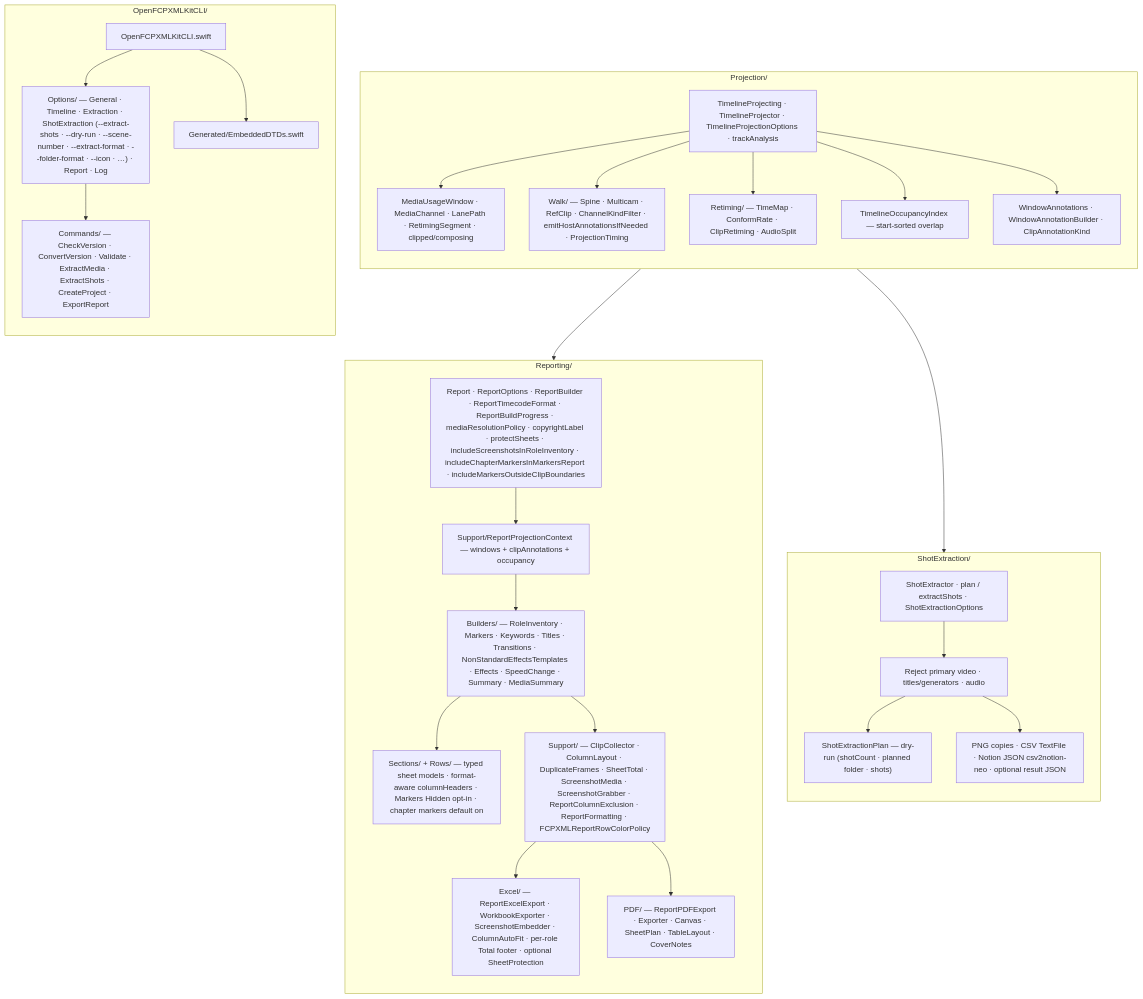
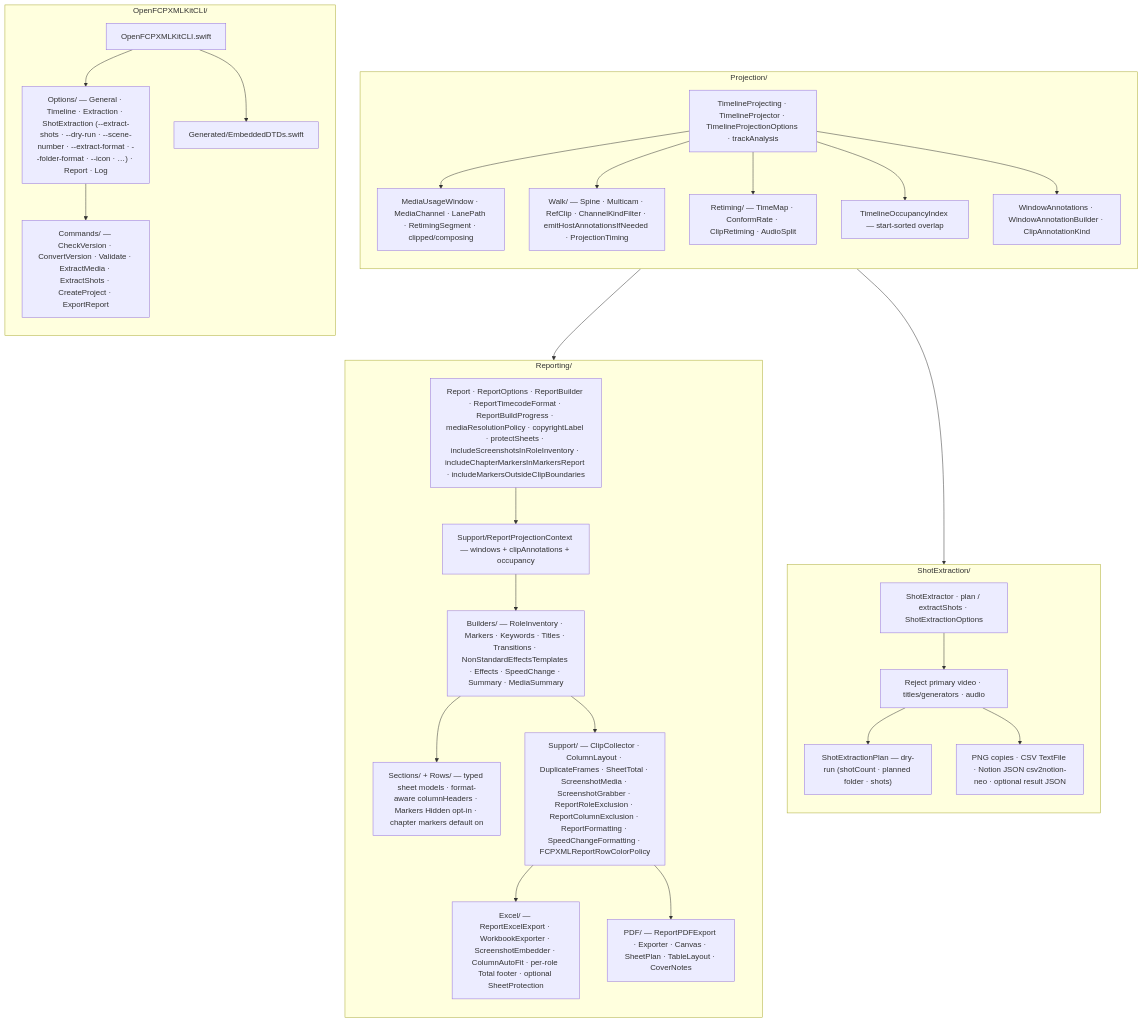
Before and after one commit to TheAcharya/OpenFCPXMLKit: the fifth of 6 diagrams in ARCHITECTURE.md, drawn with Mermaid. The commit also changed other lines of this file and 13 other files, not shown here.

````diff
--- a/ARCHITECTURE.md
+++ b/ARCHITECTURE.md
@@ -327,56 +329,56 @@
 ```mermaid
 flowchart TB
     subgraph PRJ_DETAIL["Projection/"]
         direction TB
         P_API["TimelineProjecting · TimelineProjector · TimelineProjectionOptions · trackAnalysis"]
         P_WIN["MediaUsageWindow · MediaChannel · LanePath · RetimingSegment · clipped/composing"]
         P_WALK["Walk/ — Spine · Multicam · RefClip · ChannelKindFilter · emitHostAnnotationsIfNeeded · ProjectionTiming"]
         P_RET["Retiming/ — TimeMap · ConformRate · ClipRetiming · AudioSplit"]
         P_OCC["TimelineOccupancyIndex — start-sorted overlap"]
         P_ANN["WindowAnnotations · WindowAnnotationBuilder · ClipAnnotationKind"]
         P_API --> P_WIN
         P_API --> P_WALK
         P_API --> P_RET
         P_API --> P_OCC
         P_API --> P_ANN
     end
 
     subgraph REP_DETAIL["Reporting/"]
         direction TB
         R_TOP["Report · ReportOptions · ReportBuilder · ReportTimecodeFormat · ReportBuildProgress · mediaResolutionPolicy · copyrightLabel · protectSheets · includeScreenshotsInRoleInventory · includeChapterMarkersInMarkersReport · includeMarkersOutsideClipBoundaries"]
         R_CTX["Support/ReportProjectionContext — windows + clipAnnotations + occupancy"]
         R_BLD["Builders/ — RoleInventory · Markers · Keywords · Titles · Transitions · NonStandardEffectsTemplates · Effects · SpeedChange · Summary · MediaSummary"]
         R_SEC["Sections/ + Rows/ — typed sheet models · format-aware columnHeaders · Markers Hidden opt-in · chapter markers default on"]
-        R_SUP["Support/ — ClipCollector · ColumnLayout · DuplicateFrames · SheetTotal · ScreenshotMedia · ScreenshotGrabber · ReportColumnExclusion · ReportFormatting · FCPXMLReportRowColorPolicy"]
+        R_SUP["Support/ — ClipCollector · ColumnLayout · DuplicateFrames · SheetTotal · ScreenshotMedia · ScreenshotGrabber · ReportRoleExclusion · ReportColumnExclusion · ReportFormatting · SpeedChangeFormatting · FCPXMLReportRowColorPolicy"]
         R_XLS["Excel/ — ReportExcelExport · WorkbookExporter · ScreenshotEmbedder · ColumnAutoFit · per-role Total footer · optional SheetProtection"]
         R_PDF["PDF/ — ReportPDFExport · Exporter · Canvas · SheetPlan · TableLayout · CoverNotes"]
         R_TOP --> R_CTX --> R_BLD --> R_SEC
         R_BLD --> R_SUP
         R_SUP --> R_XLS
         R_SUP --> R_PDF
     end
 
     PRJ_DETAIL --> REP_DETAIL
     PRJ_DETAIL --> SHOT_DETAIL
 
     subgraph SHOT_DETAIL["ShotExtraction/"]
         direction TB
         S_API["ShotExtractor · plan / extractShots · ShotExtractionOptions"]
         S_PLAN["ShotExtractionPlan — dry-run (shotCount · planned folder · shots)"]
         S_VAL["Reject primary video · titles/generators · audio"]
         S_OUT["PNG copies · CSV TextFile · Notion JSON csv2notion-neo · optional result JSON"]
         S_API --> S_VAL
         S_VAL --> S_PLAN
         S_VAL --> S_OUT
     end
 
     subgraph CLI_DETAIL["OpenFCPXMLKitCLI/"]
         direction TB
         C_ROOT["OpenFCPXMLKitCLI.swift"]
         C_OPT["Options/ — General · Timeline · Extraction · ShotExtraction (--extract-shots · --dry-run · --scene-number · --extract-format · --folder-format · --icon · …) · Report · Log"]
         C_CMD["Commands/ — CheckVersion · ConvertVersion · Validate · ExtractMedia · ExtractShots · CreateProject · ExportReport"]
         C_GEN["Generated/EmbeddedDTDs.swift"]
         C_ROOT --> C_OPT --> C_CMD
         C_ROOT --> C_GEN
     end
 ```
````
